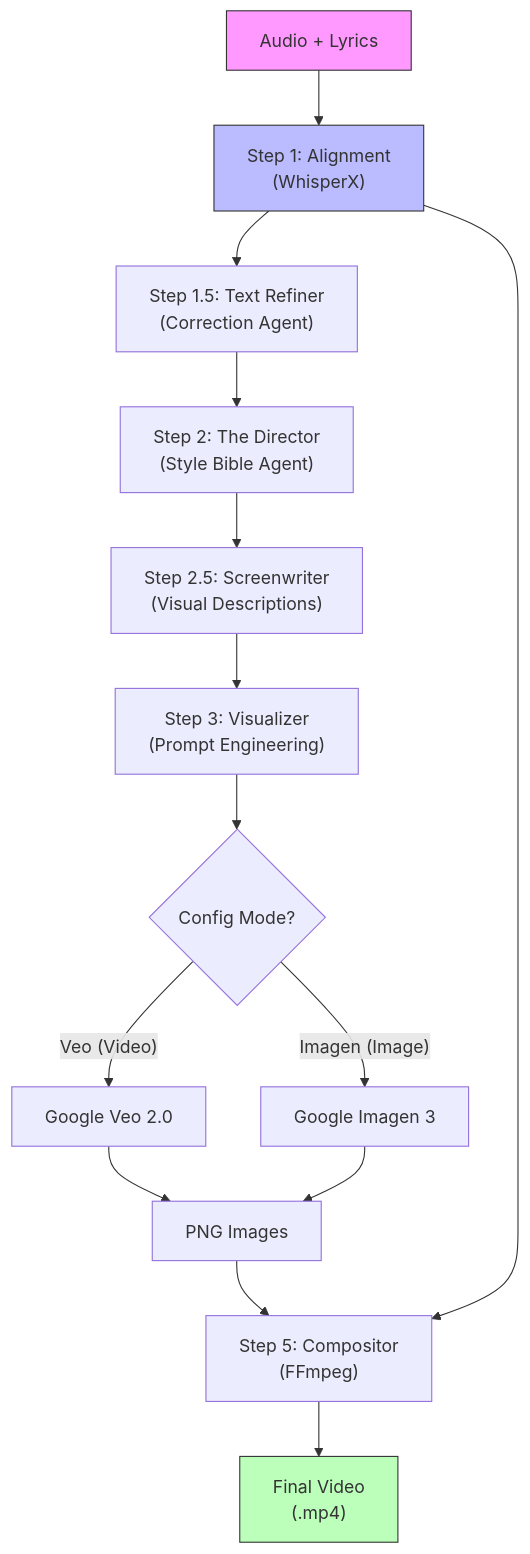
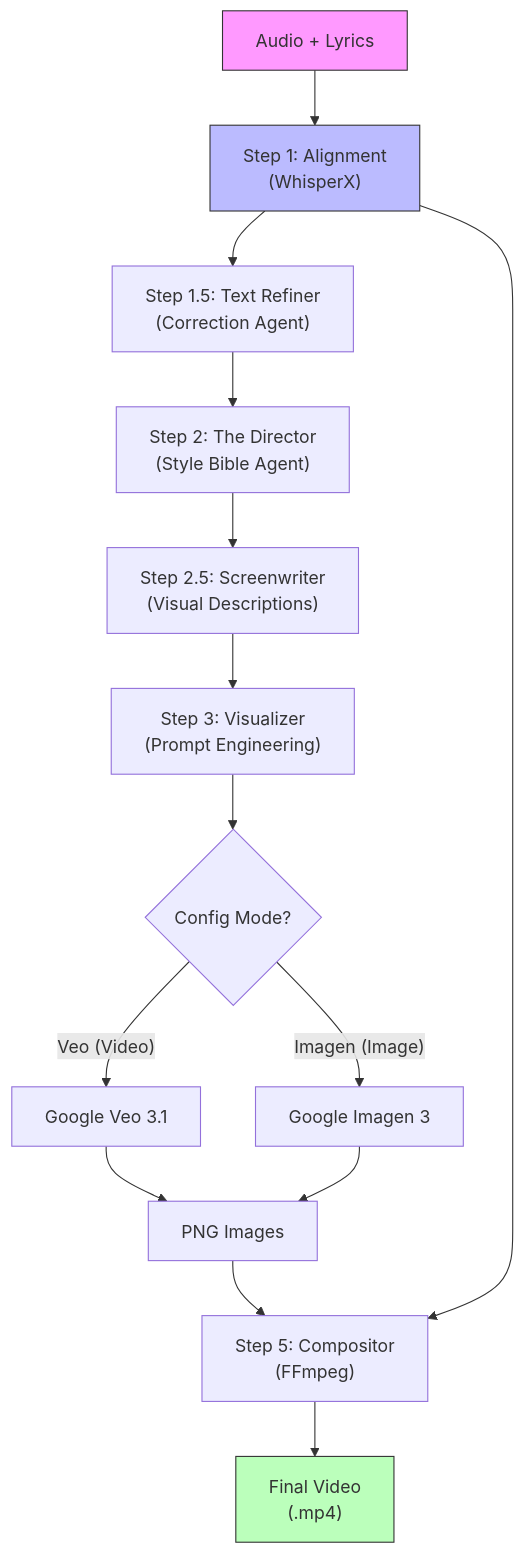
One commit to mkstmp/RhymeSync changed the diagram in README.md. Above: the diagram before and after it, drawn with Mermaid. The commit also changed other lines of this file and 2 other files, not shown here.

Commit message:
Upgrade to Veo 3.1

````diff
--- a/README.md
+++ b/README.md
@@ -11,24 +11,24 @@
 ```mermaid
 graph TD
     Input["Audio + Lyrics"] --> Align["Step 1: Alignment<br/>(WhisperX)"]
     Align --> Refine["Step 1.5: Text Refiner<br/>(Correction Agent)"]
     Refine --> Direct["Step 2: The Director<br/>(Style Bible Agent)"]
     Direct --> Screen["Step 2.5: Screenwriter<br/>(Visual Descriptions)"]
     Screen --> Visual["Step 3: Visualizer<br/>(Prompt Engineering)"]
     
     style Input fill:#f9f,stroke:#333
     style Align fill:#bbf,stroke:#333
     style Final fill:#bfb,stroke:#333
 
     Visual --> Switch{"Config Mode?"}
-    Switch -- "Veo (Video)" --> VeoGen["Google Veo 2.0"]
+    Switch -- "Veo (Video)" --> VeoGen["Google Veo 3.1"]
     Switch -- "Imagen (Image)" --> ImgGen["Google Imagen 3"]
     
     VeoGen --> Assets["MP4 Clips"]
     ImgGen --> Assets["PNG Images"]
     
     Assets --> Compose["Step 5: Compositor<br/>(FFmpeg)"]
     Align --> Compose
     
     Compose --> Final["Final Video<br/>(.mp4)"]
 ```
````
